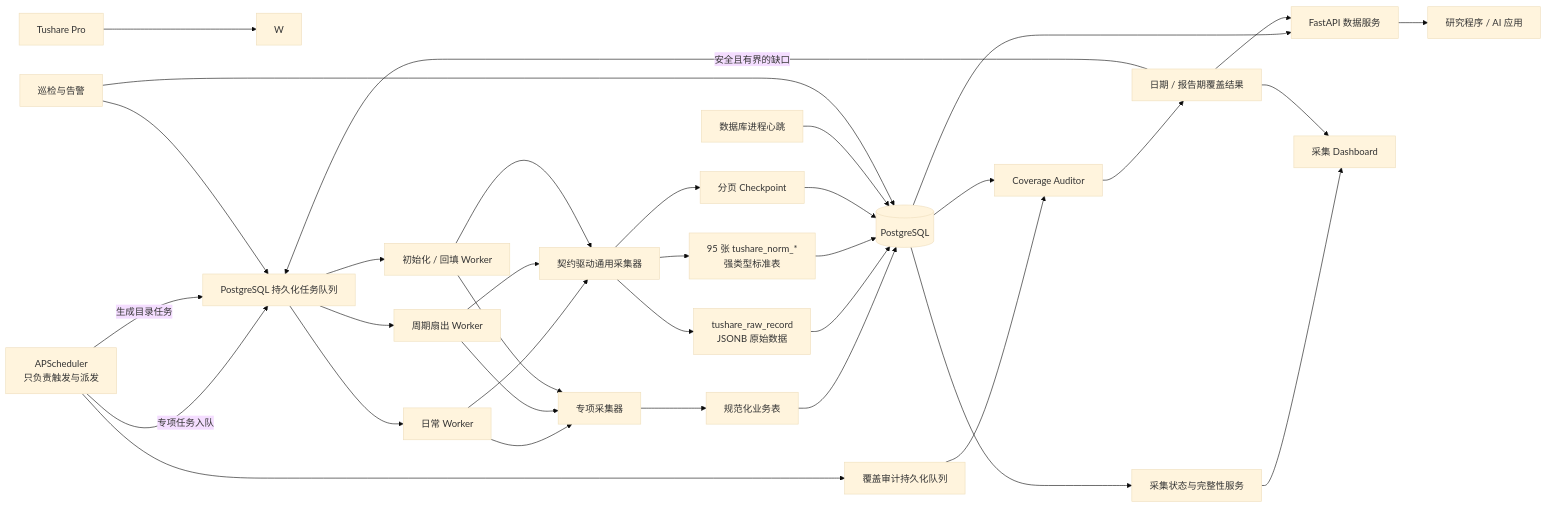
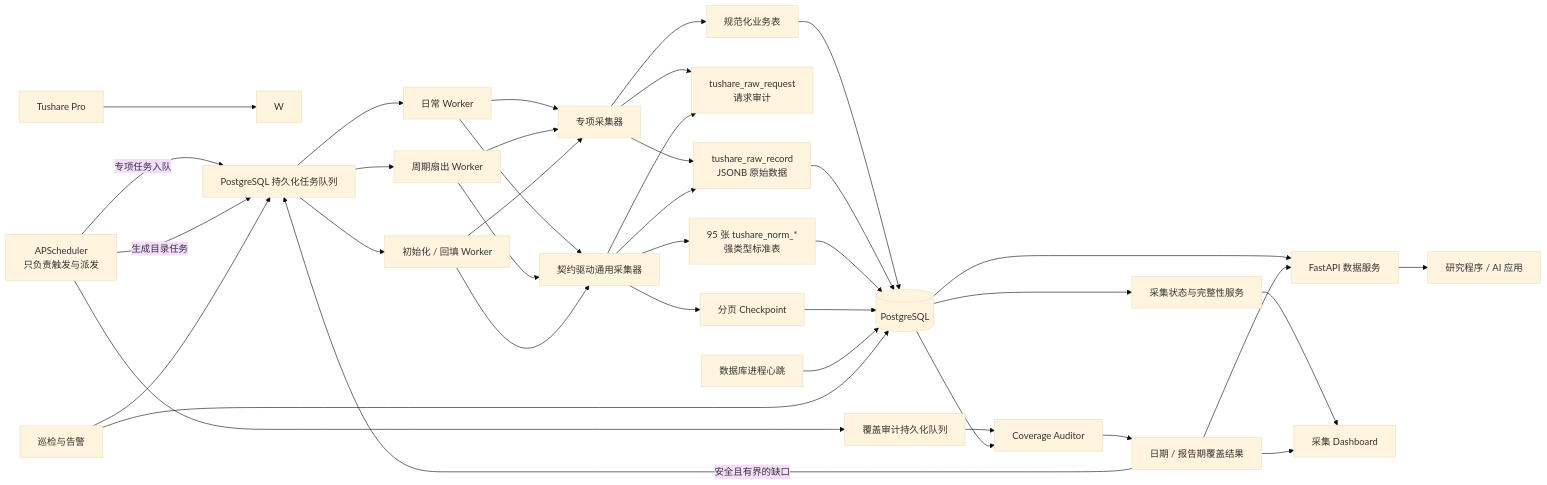
One commit to Bryanooo/claw-quant-data changed the first of 2 diagrams in README.md. Above: the diagram before and after it, drawn with Mermaid (base theme). The commit also changed other lines of this file and 21 other files, not shown here.

````diff
--- a/README.md
+++ b/README.md
@@ -107,42 +109,45 @@
 ```mermaid
 flowchart LR
     TS["Tushare Pro"] --> W
     SCH["APScheduler<br/>只负责触发与派发"] -->|专项任务入队| Q["PostgreSQL 持久化任务队列"]
     SCH -->|生成目录任务| Q
     Q --> WR["日常 Worker"]
     Q --> WF["周期扇出 Worker"]
     Q --> WB["初始化 / 回填 Worker"]
     WR --> SC["专项采集器"]
     WR --> RC["契约驱动通用采集器"]
     WF --> SC
     WF --> RC
     WB --> SC
     WB --> RC
 
+    SC --> RT["tushare_raw_record<br/>JSONB 原始数据"]
+    SC --> RR["tushare_raw_request<br/>请求审计"]
     SC --> BT["规范化业务表"]
     RC --> RT["tushare_raw_record<br/>JSONB 原始数据"]
+    RC --> RR
     RC --> NT["95 张 tushare_norm_*<br/>强类型标准表"]
     RC --> CP["分页 Checkpoint"]
 
     BT --> PG[("PostgreSQL")]
     RT --> PG
     NT --> PG
     CP --> PG
 
     PG --> API["FastAPI 数据服务"]
     PG --> MON["采集状态与完整性服务"]
     API --> USER["研究程序 / AI 应用"]
     MON --> DASH["采集 Dashboard"]
 
     SCH --> CQ["覆盖审计持久化队列"]
     CQ --> AUD["Coverage Auditor"]
     AUD --> COV["日期 / 报告期覆盖结果"]
     COV -->|安全且有界的缺口| Q
     PG --> AUD
     COV --> API
     COV --> DASH
 
     HB["数据库进程心跳"] --> PG
     INS["巡检与告警"] --> Q
     INS --> PG
 ```
````
